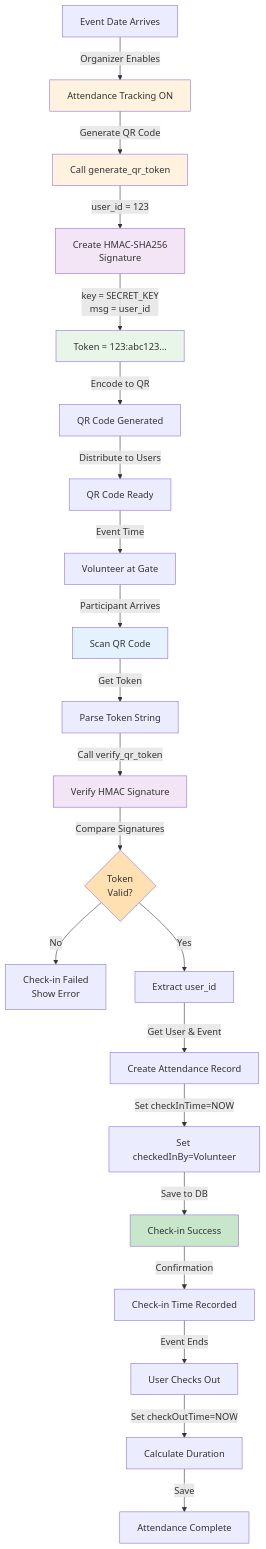
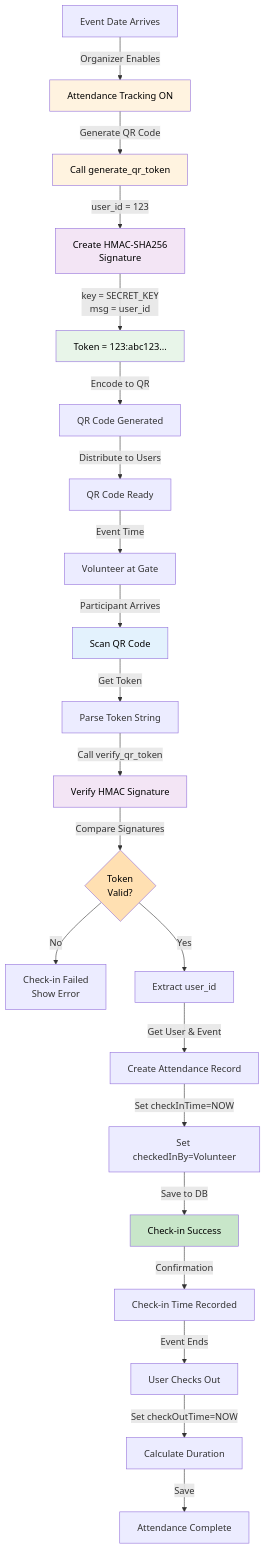
The fifth of 16 diagrams in LLD_DIA.md (shashankpandey04/event_manager), drawn with Mermaid before and after one commit. The commit also changed other lines of this file, not shown here.

Commit message:
fix: Update style attributes in LLD flow diagrams for consistent color formatting

````diff
--- a/LLD_DIA.md
+++ b/LLD_DIA.md
@@ -110,32 +110,32 @@
 ```mermaid
 graph TD
     A["Event Date Arrives"] -->|Organizer Enables| B["Attendance Tracking ON"]
     B -->|Generate QR Code| C["Call generate_qr_token"]
     C -->|user_id = 123| D["Create HMAC-SHA256<br/>Signature"]
     D -->|key = SECRET_KEY<br/>msg = user_id| E["Token = 123:abc123..."]
     E -->|Encode to QR| F["QR Code Generated"]
     F -->|Distribute to Users| G["QR Code Ready"]
     G -->|Event Time| H["Volunteer at Gate"]
     H -->|Participant Arrives| I["Scan QR Code"]
     I -->|Get Token| J["Parse Token String"]
     J -->|Call verify_qr_token| K["Verify HMAC Signature"]
     K -->|Compare Signatures| L{"Token<br/>Valid?"}
     L -->|No| M["Check-in Failed<br/>Show Error"]
     L -->|Yes| N["Extract user_id"]
     N -->|Get User & Event| O["Create Attendance Record"]
     O -->|Set checkInTime=NOW| P["Set checkedInBy=Volunteer"]
     P -->|Save to DB| Q["Check-in Success"]
     Q -->|Confirmation| R["Check-in Time Recorded"]
     R -->|Event Ends| S["User Checks Out"]
     S -->|Set checkOutTime=NOW| T["Calculate Duration"]
     T -->|Save| U["Attendance Complete"]
     
-    style B fill:#fff3e0
-    style C fill:#fff3e0
-    style D fill:#f3e5f5
-    style E fill:#e8f5e9
-    style I fill:#e3f2fd
-    style K fill:#f3e5f5
-    style L fill:#ffe0b2
-    style Q fill:#c8e6c9
+    style B fill:#fff3e0,color:#000000
+    style C fill:#fff3e0,color:#000000
+    style D fill:#f3e5f5,color:#000000
+    style E fill:#e8f5e9,color:#000000
+    style I fill:#e3f2fd,color:#000000
+    style K fill:#f3e5f5,color:#000000
+    style L fill:#ffe0b2,color:#000000
+    style Q fill:#c8e6c9,color:#000000
 ```
````
